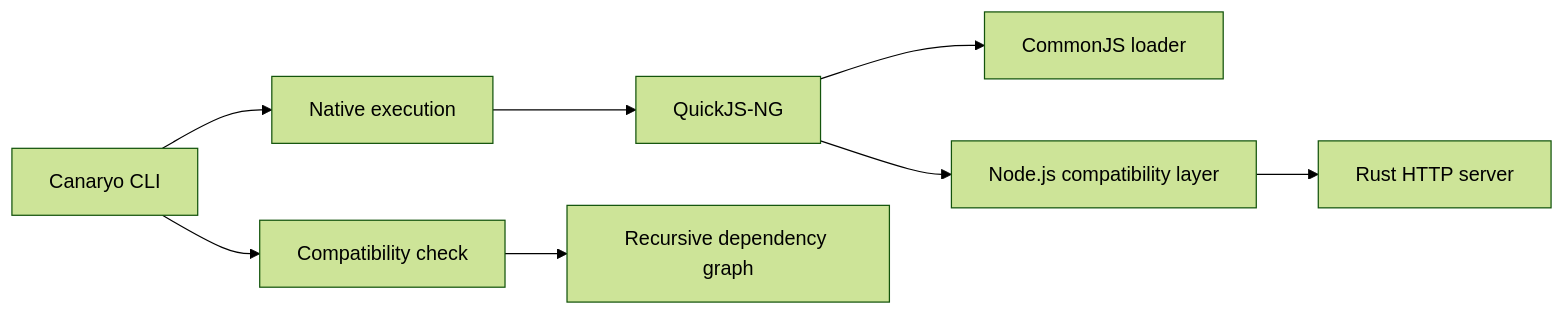
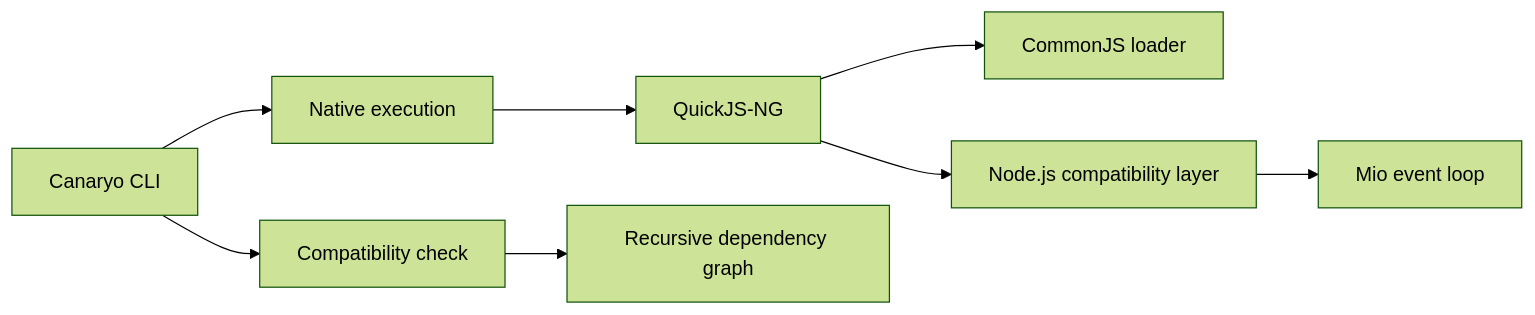
Before and after one commit to Niximkk/Canaryo: the diagram in README.md, drawn with Mermaid (forest theme). The commit also changed other lines of this file and 7 other files, not shown here.

````diff
--- a/README.md
+++ b/README.md
@@ -91,10 +92,10 @@
 ```mermaid
 flowchart LR
     CLI[Canaryo CLI] --> Run[Native execution]
     CLI --> Check[Compatibility check]
     Run --> QuickJS[QuickJS-NG]
     QuickJS --> CommonJS[CommonJS loader]
     QuickJS --> APIs[Node.js compatibility layer]
-    APIs --> HTTP[Rust HTTP server]
+    APIs --> HTTP[Mio event loop]
     Check --> Graph[Recursive dependency graph]
 ```
````
